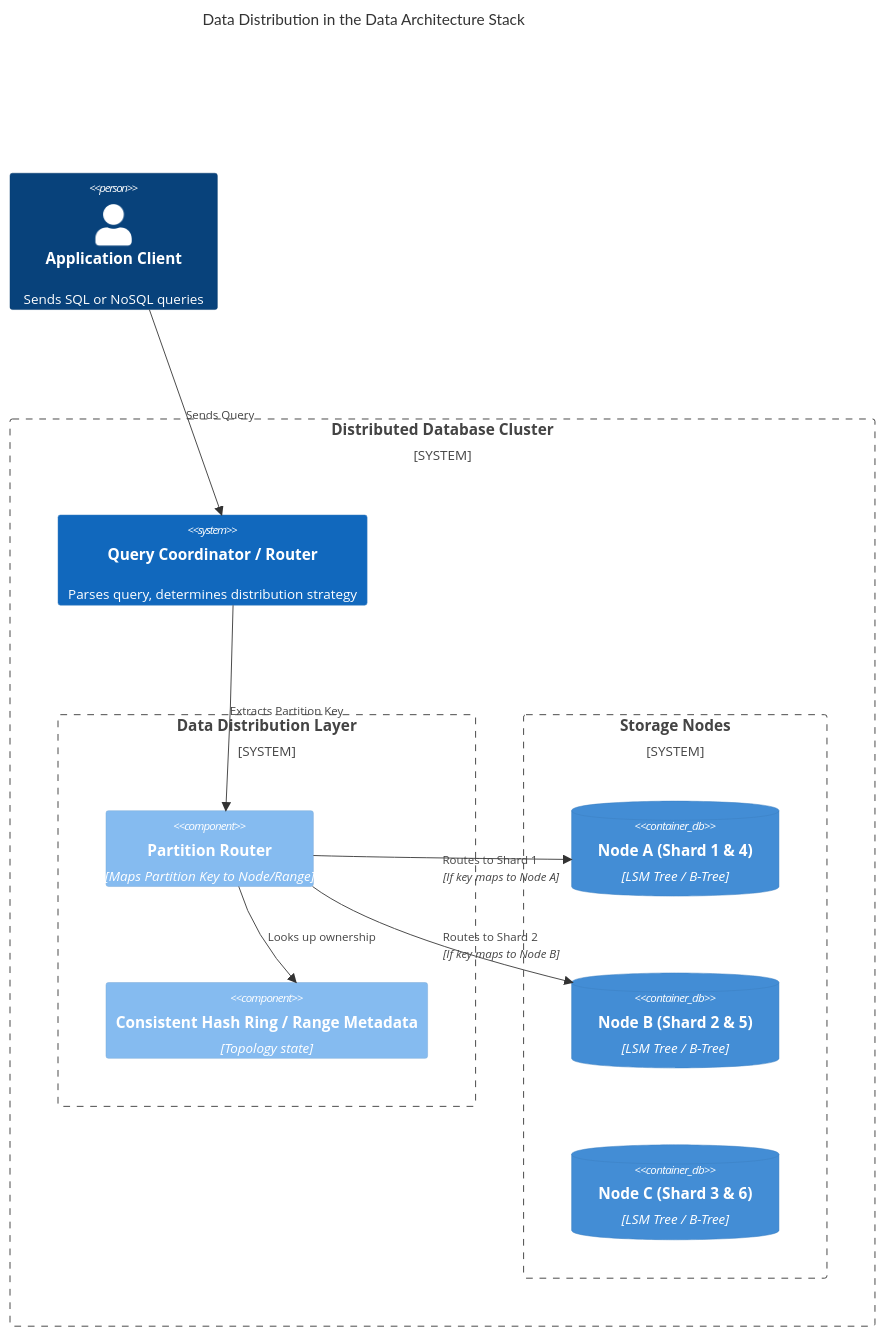
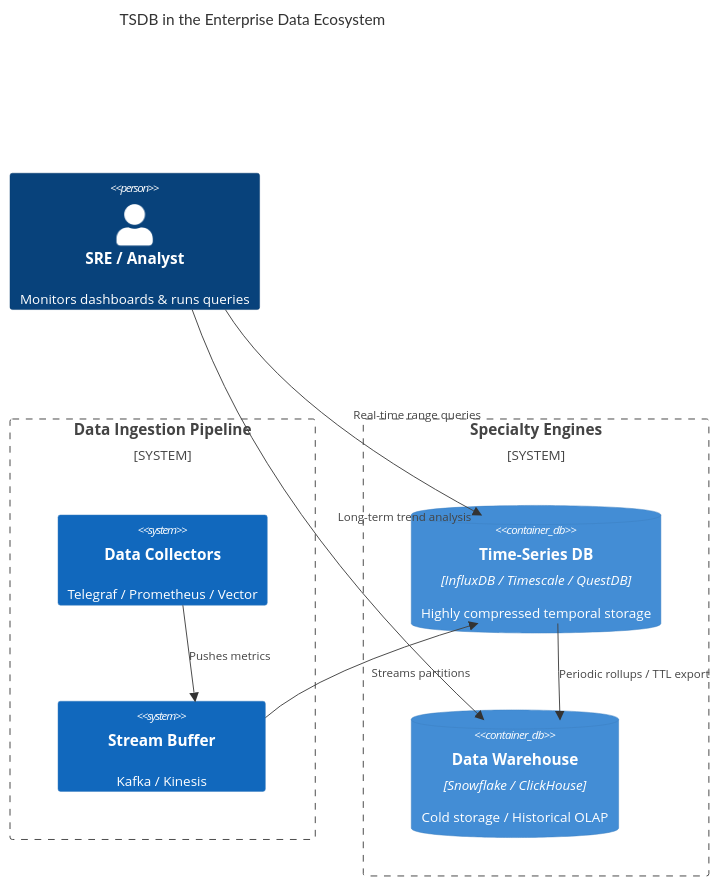
Before and after one commit to sivanagaraju/sparkantrigravity: the diagram in PrincipleDataArchitect/02_Database_Systems/03_NewSQL_and_Distributed_RDBMS/03_Data_Distribution_Mechanics/01_Concept_Overview.md, drawn with Mermaid. The commit also changed other lines of this file and 40 other files, not shown here.

Commit message:
feat: Add comprehensive documentation for Time-Series Databases and data distribution mechanics.

````diff
--- a/PrincipleDataArchitect/02_Database_Systems/03_NewSQL_and_Distributed_RDBMS/03_Data_Distribution_Mechanics/01_Concept_Overview.md
+++ b/PrincipleDataArchitect/02_Database_Systems/03_NewSQL_and_Distributed_RDBMS/03_Data_Distribution_Mechanics/01_Concept_Overview.md
@@ -16,27 +22,22 @@
 ```mermaid
 C4Context
-    title Data Distribution in the Data Architecture Stack
+    title TSDB in the Enterprise Data Ecosystem
     
-    Person(client, "Application Client", "Sends SQL or NoSQL queries")
+    Person(dev, "SRE / Analyst", "Monitors dashboards & runs queries")
     
-    System_Boundary(cluster, "Distributed Database Cluster") {
-        System(coordinator, "Query Coordinator / Router", "Parses query, determines distribution strategy")
-        
-        System_Boundary(dist_layer, "Data Distribution Layer") {
-            Component(router, "Partition Router", "Maps Partition Key to Node/Range")
-            Component(hash_ring, "Consistent Hash Ring / Range Metadata", "Topology state")
-        }
-        
-        System_Boundary(storage, "Storage Nodes") {
-            ContainerDb(node1, "Node A (Shard 1 & 4)", "LSM Tree / B-Tree")
-            ContainerDb(node2, "Node B (Shard 2 & 5)", "LSM Tree / B-Tree")
-            ContainerDb(node3, "Node C (Shard 3 & 6)", "LSM Tree / B-Tree")
-        }
+    System_Boundary(ingestion, "Data Ingestion Pipeline") {
+        System(collector, "Data Collectors", "Telegraf / Prometheus / Vector")
+        System(queue, "Stream Buffer", "Kafka / Kinesis")
     }
     
-    Rel(client, coordinator, "Sends Query")
-    Rel(coordinator, router, "Extracts Partition Key")
-    Rel(router, hash_ring, "Looks up ownership")
-    Rel(router, node1, "Routes to Shard 1", "If key maps to Node A")
-    Rel(router, node2, "Routes to Shard 2", "If key maps to Node B")
+    System_Boundary(storage_layer, "Specialty Engines") {
+        ContainerDb(tsdb, "Time-Series DB", "InfluxDB / Timescale / QuestDB", "Highly compressed temporal storage")
+        ContainerDb(warehouse, "Data Warehouse", "Snowflake / ClickHouse", "Cold storage / Historical OLAP")
+    }
+
+    Rel(collector, queue, "Pushes metrics")
+    Rel(queue, tsdb, "Streams partitions")
+    Rel(tsdb, warehouse, "Periodic rollups / TTL export")
+    Rel(dev, tsdb, "Real-time range queries")
+    Rel(dev, warehouse, "Long-term trend analysis")
 ```
````
